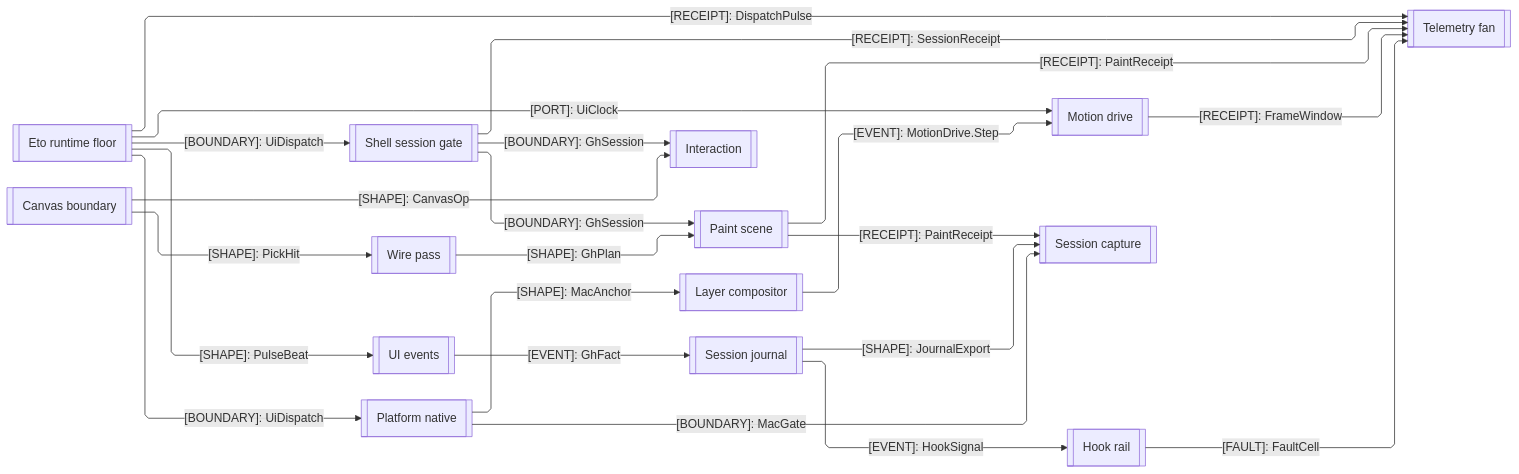
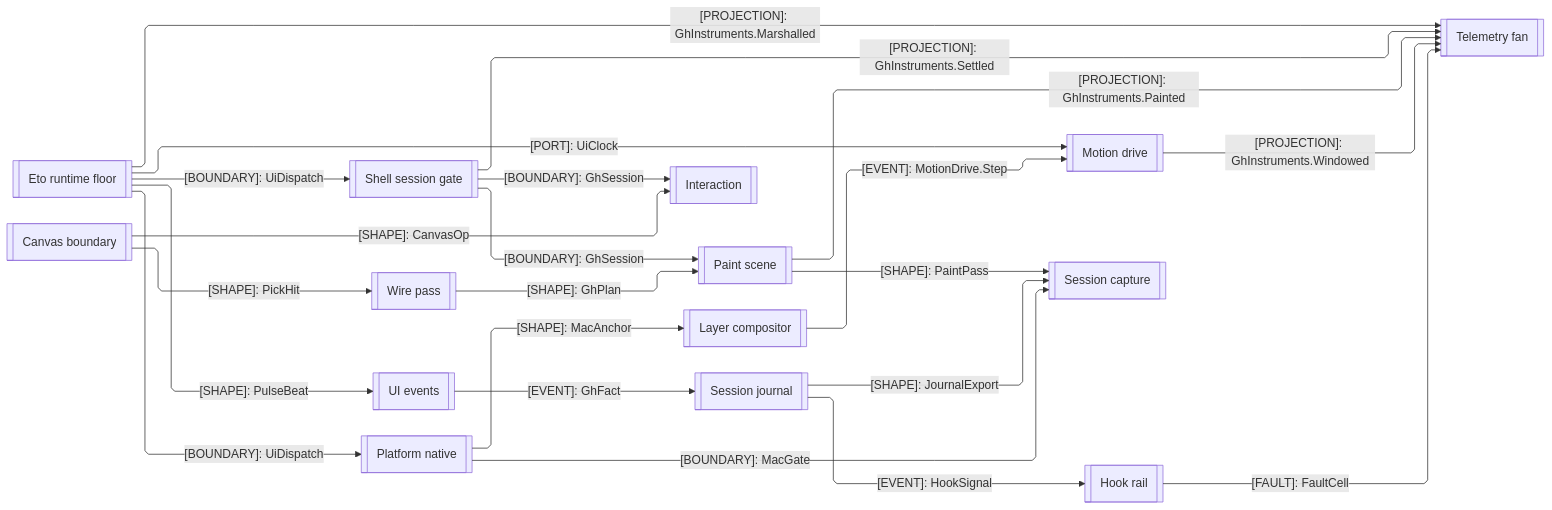
The third of 3 diagrams in libs/dotnet/Rasm.Grasshopper/ARCHITECTURE.md (bsamiee/Rasm), drawn with Mermaid before and after one commit. The commit also changed other lines of this file and 1417 other files, not shown here.

````diff
--- a/libs/dotnet/Rasm.Grasshopper/ARCHITECTURE.md
+++ b/libs/dotnet/Rasm.Grasshopper/ARCHITECTURE.md
@@ -164,47 +164,47 @@
 ```mermaid
 ---
 config:
   layout: elk
   flowchart:
     curve: linear
     padding: 25
 ---
 flowchart LR
     accTitle: Grasshopper host-boundary interior wiring
     accDescr: How the UI-thread interior composes around the Eto dispatch floor and the Shell session-scope gate.
     Runtime[[Eto runtime floor]]
     Session[[Shell session gate]]
     Canvas[[Canvas boundary]]
     Interaction[[Interaction]]
     Paint[[Paint scene]]
     Wires[[Wire pass]]
     Motion[[Motion drive]]
     Events[[UI events]]
     Native[[Platform native]]
     Composition[[Layer compositor]]
     Capture[[Session capture]]
     Telemetry[[Telemetry fan]]
     Hooks[[Hook rail]]
     Journal[[Session journal]]
     Runtime e1@-->|"[BOUNDARY]: UiDispatch"| Session
     Runtime e2@-->|"[BOUNDARY]: UiDispatch"| Native
     Runtime e3@-->|"[PORT]: UiClock"| Motion
     Runtime e4@-->|"[SHAPE]: PulseBeat"| Events
-    Runtime e5@-->|"[RECEIPT]: DispatchPulse"| Telemetry
+    Runtime e5@-->|"[PROJECTION]: GhInstruments.Marshalled"| Telemetry
     Session e6@-->|"[BOUNDARY]: GhSession"| Interaction
     Session e7@-->|"[BOUNDARY]: GhSession"| Paint
-    Session e8@-->|"[RECEIPT]: SessionReceipt"| Telemetry
+    Session e8@-->|"[PROJECTION]: GhInstruments.Settled"| Telemetry
     Canvas e9@-->|"[SHAPE]: CanvasOp"| Interaction
     Canvas e10@-->|"[SHAPE]: PickHit"| Wires
     Wires e11@-->|"[SHAPE]: GhPlan"| Paint
-    Paint e12@-->|"[RECEIPT]: PaintReceipt"| Telemetry
-    Paint e13@-->|"[RECEIPT]: PaintReceipt"| Capture
-    Motion e14@-->|"[RECEIPT]: FrameWindow"| Telemetry
+    Paint e12@-->|"[PROJECTION]: GhInstruments.Painted"| Telemetry
+    Paint e13@-->|"[SHAPE]: PaintPass"| Capture
+    Motion e14@-->|"[PROJECTION]: GhInstruments.Windowed"| Telemetry
     Composition e15@-->|"[EVENT]: MotionDrive.Step"| Motion
     Native e16@-->|"[SHAPE]: MacAnchor"| Composition
     Native e17@-->|"[BOUNDARY]: MacGate"| Capture
     Events e18@-->|"[EVENT]: GhFact"| Journal
     Journal e19@-->|"[EVENT]: HookSignal"| Hooks
     Journal e20@-->|"[SHAPE]: JournalExport"| Capture
     Hooks f1@-->|"[FAULT]: FaultCell"| Telemetry
 ```
````
